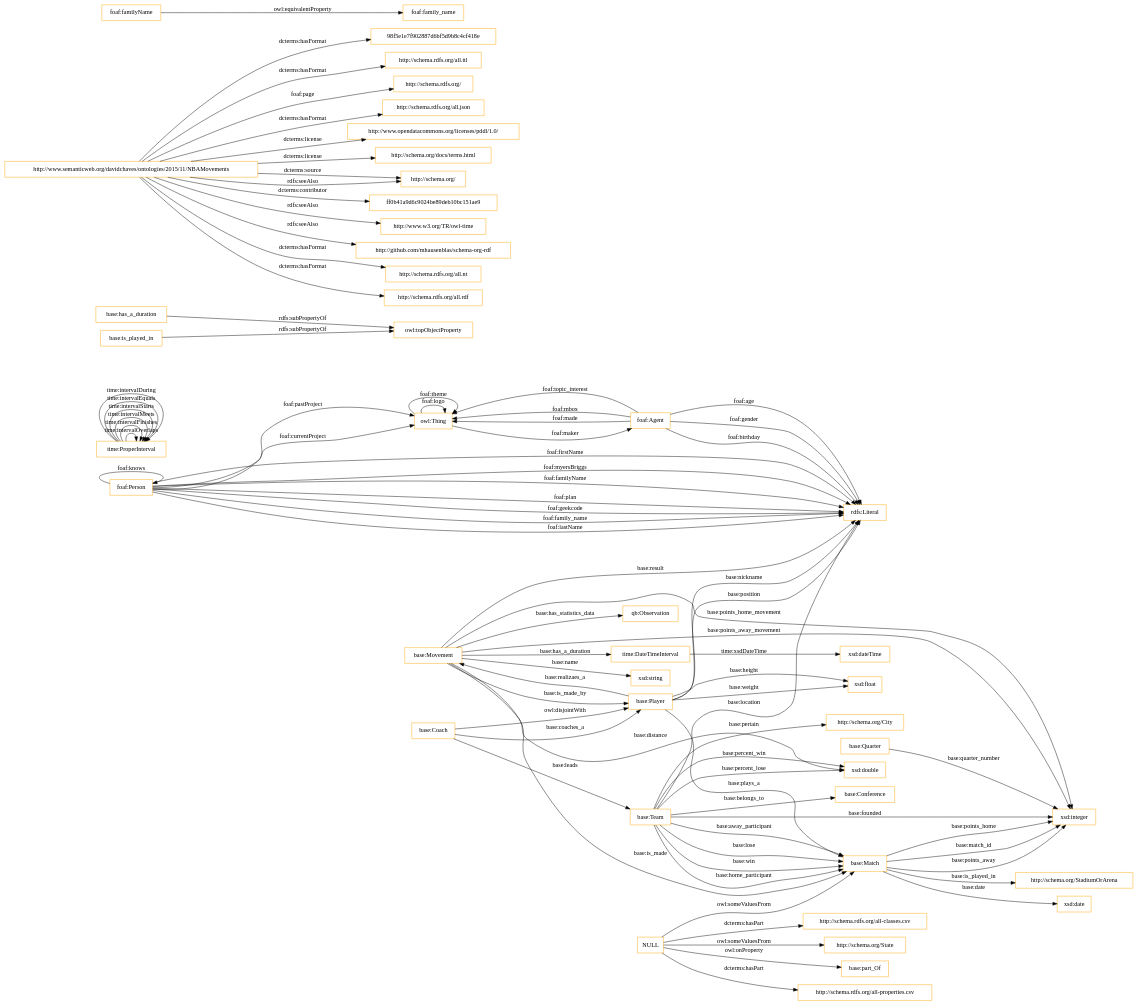
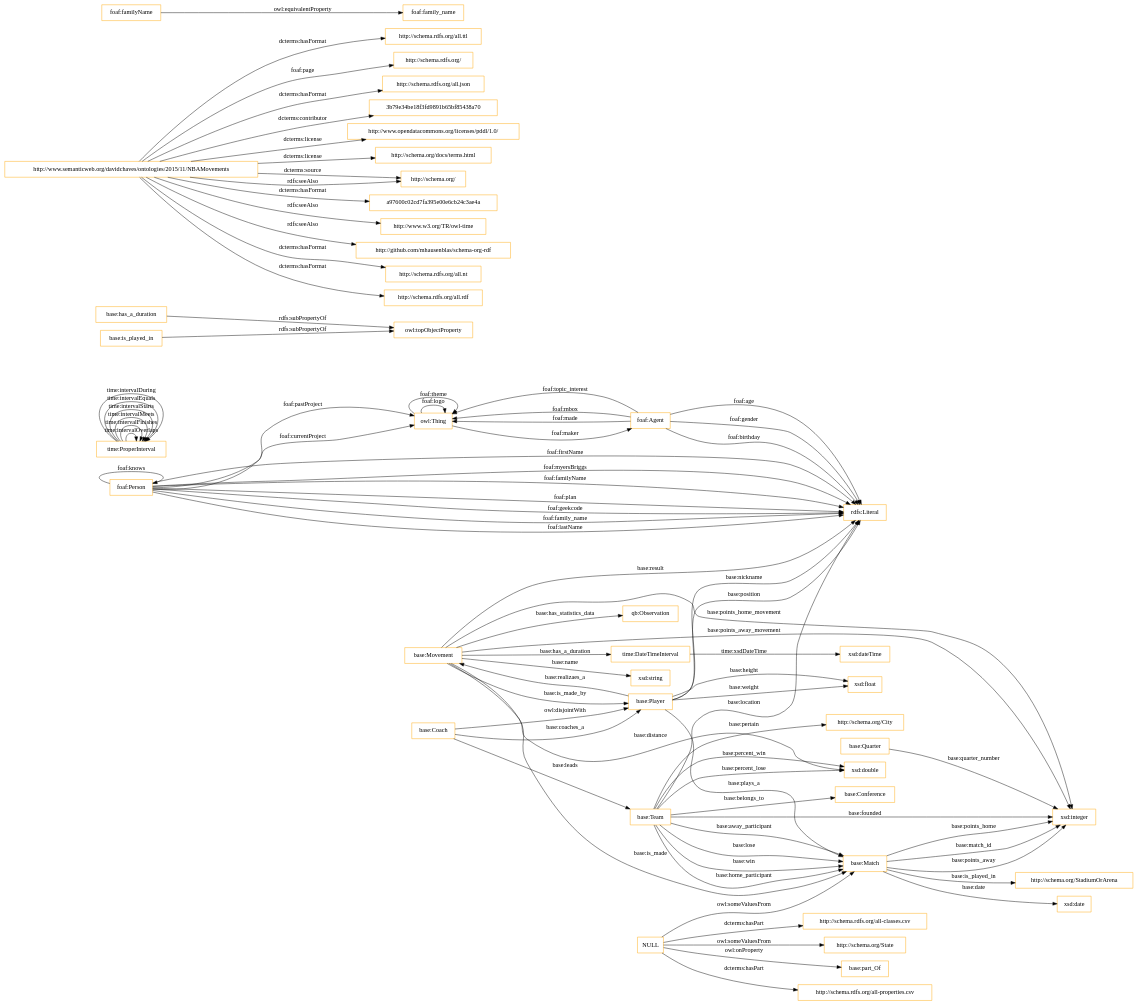
The diagram in OnToology/ontology/nba.ttl/diagrams/ar2dtool-class/nba.ttl.png.dot (OnToologyUser/nba-ontology), drawn with Graphviz before and after one commit. The commit also changed 26 other files, not shown here.

```diff
--- a/OnToology/ontology/nba.ttl/diagrams/ar2dtool-class/nba.ttl.png.dot
+++ b/OnToology/ontology/nba.ttl/diagrams/ar2dtool-class/nba.ttl.png.dot
@@ -1,87 +1,87 @@
 digraph ar2dtool_diagram { 
 rankdir=LR;
 size="1501"
 node [shape = rectangle, color="orange"]; "time:DateTimeInterval" "base:Team" "base:Coach" "time:ProperInterval" "http://schema.org/State" "http://schema.org/City" "foaf:Person" "base:Player" "base:Quarter" "http://schema.org/StadiumOrArena" "base:Match" "qb:Observation" "base:Movement" "base:Conference" ; /*classes style*/
 	"base:Coach" -> "base:Player" [ label = "owl:disjointWith" ];
 	"base:has_a_duration" -> "owl:topObjectProperty" [ label = "rdfs:subPropertyOf" ];
-	"http://www.semanticweb.org/davidchaves/ontologies/2015/11/NBAMovements" -> "98f5e1e7f902887d6bf5d9b8c4cf418e" [ label = "dcterms:hasFormat" ];
 	"http://www.semanticweb.org/davidchaves/ontologies/2015/11/NBAMovements" -> "http://schema.rdfs.org/all.ttl" [ label = "dcterms:hasFormat" ];
 	"http://www.semanticweb.org/davidchaves/ontologies/2015/11/NBAMovements" -> "http://schema.rdfs.org/" [ label = "foaf:page" ];
 	"http://www.semanticweb.org/davidchaves/ontologies/2015/11/NBAMovements" -> "http://schema.rdfs.org/all.json" [ label = "dcterms:hasFormat" ];
+	"http://www.semanticweb.org/davidchaves/ontologies/2015/11/NBAMovements" -> "3b79e34be18f3fd9891b65bf85438a70" [ label = "dcterms:contributor" ];
 	"http://www.semanticweb.org/davidchaves/ontologies/2015/11/NBAMovements" -> "http://www.opendatacommons.org/licenses/pddl/1.0/" [ label = "dcterms:license" ];
 	"http://www.semanticweb.org/davidchaves/ontologies/2015/11/NBAMovements" -> "http://schema.org/docs/terms.html" [ label = "dcterms:license" ];
 	"http://www.semanticweb.org/davidchaves/ontologies/2015/11/NBAMovements" -> "http://schema.org/" [ label = "dcterms:source" ];
-	"http://www.semanticweb.org/davidchaves/ontologies/2015/11/NBAMovements" -> "ff0b41a9d6c9024be89deb10bc151ae9" [ label = "dcterms:contributor" ];
+	"http://www.semanticweb.org/davidchaves/ontologies/2015/11/NBAMovements" -> "a97600c02cd7fa395e00e6cb24c3ae4a" [ label = "dcterms:hasFormat" ];
 	"http://www.semanticweb.org/davidchaves/ontologies/2015/11/NBAMovements" -> "http://www.w3.org/TR/owl-time" [ label = "rdfs:seeAlso" ];
 	"http://www.semanticweb.org/davidchaves/ontologies/2015/11/NBAMovements" -> "http://schema.org/" [ label = "rdfs:seeAlso" ];
 	"http://www.semanticweb.org/davidchaves/ontologies/2015/11/NBAMovements" -> "http://github.com/mhausenblas/schema-org-rdf" [ label = "rdfs:seeAlso" ];
 	"http://www.semanticweb.org/davidchaves/ontologies/2015/11/NBAMovements" -> "http://schema.rdfs.org/all.nt" [ label = "dcterms:hasFormat" ];
 	"http://www.semanticweb.org/davidchaves/ontologies/2015/11/NBAMovements" -> "http://schema.rdfs.org/all.rdf" [ label = "dcterms:hasFormat" ];
 	"base:is_played_in" -> "owl:topObjectProperty" [ label = "rdfs:subPropertyOf" ];
 	"foaf:familyName" -> "foaf:family_name" [ label = "owl:equivalentProperty" ];
+	"NULL" -> "http://schema.org/State" [ label = "owl:someValuesFrom" ];
 	"NULL" -> "base:Match" [ label = "owl:someValuesFrom" ];
-	"NULL" -> "http://schema.org/State" [ label = "owl:someValuesFrom" ];
 	"NULL" -> "base:part_Of" [ label = "owl:onProperty" ];
 	"NULL" -> "http://schema.rdfs.org/all-properties.csv" [ label = "dcterms:hasPart" ];
 	"NULL" -> "http://schema.rdfs.org/all-classes.csv" [ label = "dcterms:hasPart" ];
 	"base:Team" -> "http://schema.org/City" [ label = "base:pertain" ];
 	"base:Match" -> "xsd:integer" [ label = "base:points_away" ];
 	"base:Movement" -> "xsd:string" [ label = "base:name" ];
 	"base:Player" -> "rdfs:Literal" [ label = "base:position" ];
 	"base:Team" -> "xsd:integer" [ label = "base:founded" ];
 	"base:Player" -> "xsd:float" [ label = "base:weight" ];
 	"base:Movement" -> "base:Match" [ label = "base:is_made" ];
 	"base:Movement" -> "base:Player" [ label = "base:is_made_by" ];
 	"base:Team" -> "base:Match" [ label = "base:away_participant" ];
 	"foaf:Person" -> "owl:Thing" [ label = "foaf:pastProject" ];
 	"time:ProperInterval" -> "time:ProperInterval" [ label = "time:intervalOverlaps" ];
 	"foaf:Person" -> "rdfs:Literal" [ label = "foaf:firstName" ];
 	"base:Player" -> "base:Movement" [ label = "base:realizaes_a" ];
 	"base:Team" -> "base:Conference" [ label = "base:belongs_to" ];
 	"time:DateTimeInterval" -> "xsd:dateTime" [ label = "time:xsdDateTime" ];
 	"foaf:Agent" -> "owl:Thing" [ label = "foaf:topic_interest" ];
 	"base:Match" -> "xsd:date" [ label = "base:date" ];
 	"base:Player" -> "rdfs:Literal" [ label = "base:nickname" ];
 	"base:Team" -> "rdfs:Literal" [ label = "base:location" ];
 	"base:Match" -> "xsd:integer" [ label = "base:points_home" ];
 	"base:Team" -> "xsd:double" [ label = "base:percent_win" ];
 	"foaf:Agent" -> "rdfs:Literal" [ label = "foaf:gender" ];
 	"base:Match" -> "xsd:integer" [ label = "base:match_id" ];
 	"base:Team" -> "base:Match" [ label = "base:lose" ];
 	"base:Movement" -> "xsd:integer" [ label = "base:points_away_movement" ];
 	"base:Movement" -> "rdfs:Literal" [ label = "base:result" ];
 	"base:Team" -> "base:Match" [ label = "base:win" ];
 	"base:Player" -> "xsd:float" [ label = "base:height" ];
 	"time:ProperInterval" -> "time:ProperInterval" [ label = "time:intervalFinishes" ];
 	"owl:Thing" -> "foaf:Agent" [ label = "foaf:maker" ];
 	"base:Team" -> "base:Match" [ label = "base:home_participant" ];
 	"base:Movement" -> "time:DateTimeInterval" [ label = "base:has_a_duration" ];
 	"foaf:Person" -> "rdfs:Literal" [ label = "foaf:myersBriggs" ];
 	"foaf:Person" -> "rdfs:Literal" [ label = "foaf:familyName" ];
 	"time:ProperInterval" -> "time:ProperInterval" [ label = "time:intervalMeets" ];
 	"base:Movement" -> "xsd:double" [ label = "base:distance" ];
 	"foaf:Agent" -> "owl:Thing" [ label = "foaf:mbox" ];
 	"foaf:Person" -> "foaf:Person" [ label = "foaf:knows" ];
 	"owl:Thing" -> "owl:Thing" [ label = "foaf:logo" ];
 	"owl:Thing" -> "owl:Thing" [ label = "foaf:theme" ];
 	"base:Coach" -> "base:Team" [ label = "base:leads" ];
 	"time:ProperInterval" -> "time:ProperInterval" [ label = "time:intervalStarts" ];
 	"foaf:Person" -> "rdfs:Literal" [ label = "foaf:plan" ];
 	"foaf:Person" -> "rdfs:Literal" [ label = "foaf:geekcode" ];
 	"base:Team" -> "xsd:double" [ label = "base:percent_lose" ];
 	"foaf:Person" -> "rdfs:Literal" [ label = "foaf:family_name" ];
 	"base:Movement" -> "qb:Observation" [ label = "base:has_statistics_data" ];
 	"base:Coach" -> "base:Player" [ label = "base:coaches_a" ];
 	"base:Movement" -> "xsd:integer" [ label = "base:points_home_movement" ];
 	"foaf:Agent" -> "owl:Thing" [ label = "foaf:made" ];
 	"foaf:Person" -> "owl:Thing" [ label = "foaf:currentProject" ];
 	"time:ProperInterval" -> "time:ProperInterval" [ label = "time:intervalEquals" ];
 	"time:ProperInterval" -> "time:ProperInterval" [ label = "time:intervalDuring" ];
 	"foaf:Person" -> "rdfs:Literal" [ label = "foaf:lastName" ];
 	"foaf:Agent" -> "rdfs:Literal" [ label = "foaf:birthday" ];
 	"base:Player" -> "base:Match" [ label = "base:plays_a" ];
 	"base:Match" -> "http://schema.org/StadiumOrArena" [ label = "base:is_played_in" ];
 	"foaf:Agent" -> "rdfs:Literal" [ label = "foaf:age" ];
 	"base:Quarter" -> "xsd:integer" [ label = "base:quarter_number" ];
 
 }
```
